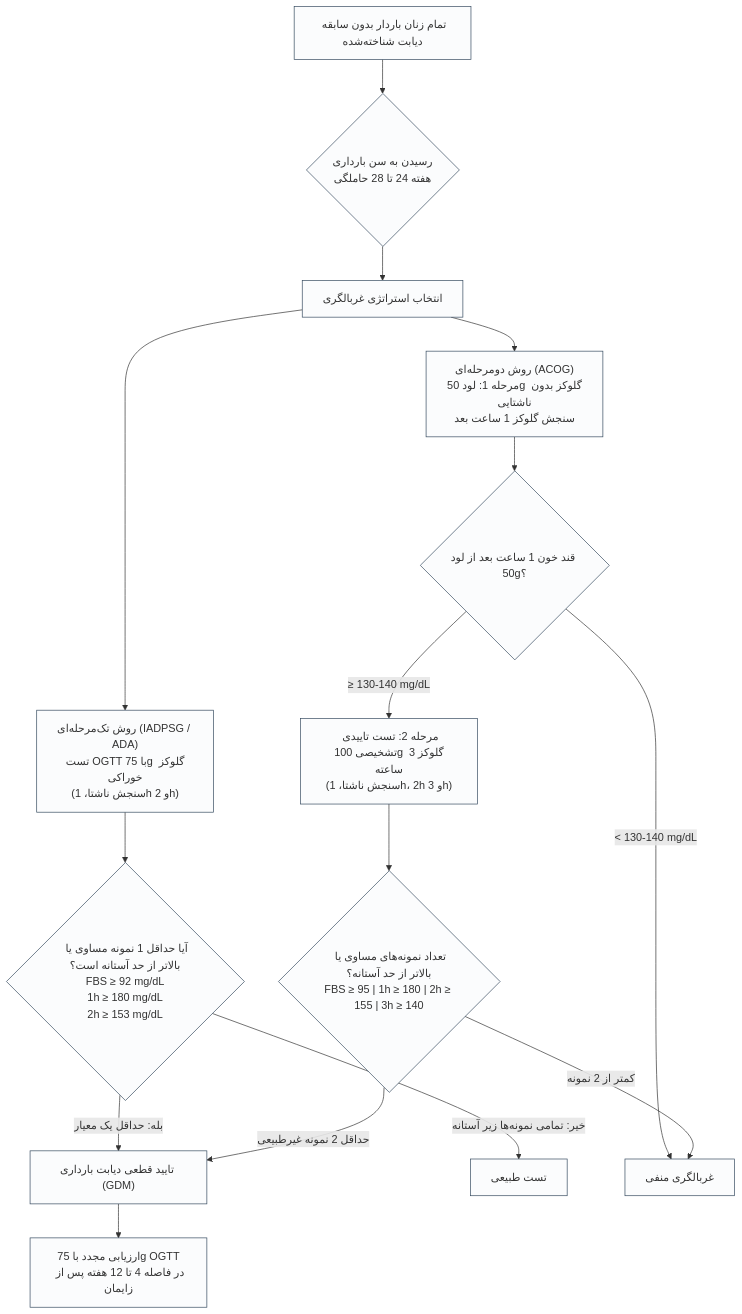
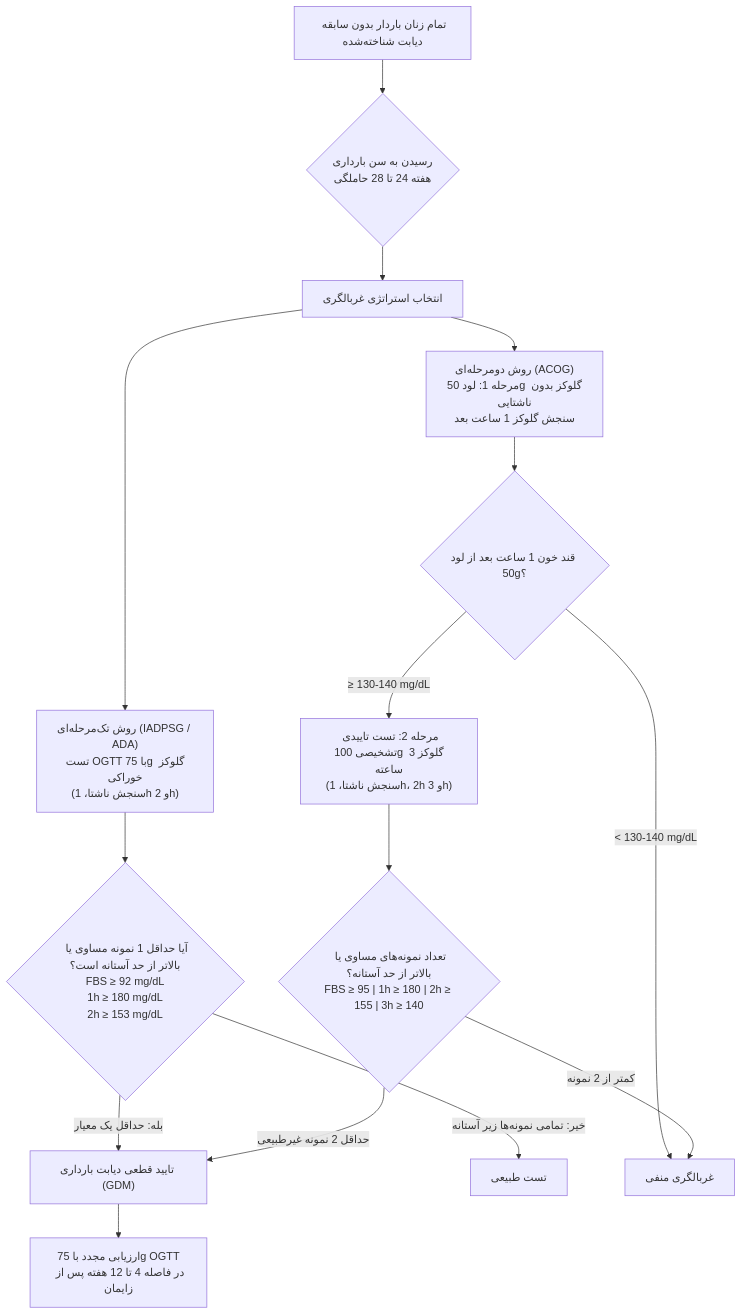
Before and after one commit to neopulse-hub/TUMS-1396-1-material-notes: the fourth of 15 diagrams in 7/مبانی غدد/دیابت.md, drawn with Mermaid. The commit also changed other lines of this file, not shown here.

````diff
--- a/7/مبانی غدد/دیابت.md
+++ b/7/مبانی غدد/دیابت.md
@@ -212,26 +208,24 @@
 ```mermaid
 flowchart TD
     Preg["تمام زنان باردار بدون سابقه دیابت شناخته‌شده"] --> Time{"رسیدن به سن بارداری<br>هفته 24 تا 28 حاملگی"}
     
     Time --> Strategy["انتخاب استراتژی غربالگری"]
     
     Strategy --> OneStep["روش تک‌مرحله‌ای (IADPSG / ADA)<br>تست OGTT با 75g گلوکز خوراکی<br>(سنجش ناشتا، 1h و 2h)"]
     Strategy --> TwoStep["روش دومرحله‌ای (ACOG)<br>مرحله 1: لود 50g گلوکز بدون ناشتایی<br>سنجش گلوکز 1 ساعت بعد"]
     
     OneStep --> CutOne{"آیا حداقل 1 نمونه مساوی یا بالاتر از حد آستانه است؟<br>FBS ≥ 92 mg/dL<br>1h ≥ 180 mg/dL<br>2h ≥ 153 mg/dL"}
     CutOne -->|بله: حداقل یک معیار| DiagGDM["تایید قطعی دیابت بارداری (GDM)"]
     CutOne -->|خیر: تمامی نمونه‌ها زیر آستانه| Norm1["تست طبیعی"]
     
     TwoStep --> ScreenCut{"قند خون 1 ساعت بعد از لود 50g؟"}
     ScreenCut -->|< 130-140 mg/dL| Norm2["غربالگری منفی"]
     ScreenCut -->|≥ 130-140 mg/dL| ConfStep["مرحله 2: تست تاییدی تشخیصی 100g گلوکز 3 ساعته<br>(سنجش ناشتا، 1h، 2h و 3h)"]
     
     ConfStep --> CutTwo{"تعداد نمونه‌های مساوی یا بالاتر از حد آستانه؟<br>FBS ≥ 95 | 1h ≥ 180 | 2h ≥ 155 | 3h ≥ 140"}
     CutTwo -->|حداقل 2 نمونه غیرطبیعی| DiagGDM
     CutTwo -->|کمتر از 2 نمونه| Norm2
     
     DiagGDM --> PP["ارزیابی مجدد با 75g OGTT<br>در فاصله 4 تا 12 هفته پس از زایمان"]
 
-    classDef gdm fill:#fbfcfd,stroke:#34495e,stroke-width:1px;
-    class Preg,Time,Strategy,OneStep,TwoStep,CutOne,DiagGDM,Norm1,ScreenCut,Norm2,ConfStep,CutTwo,PP gdm;
 ```
````
